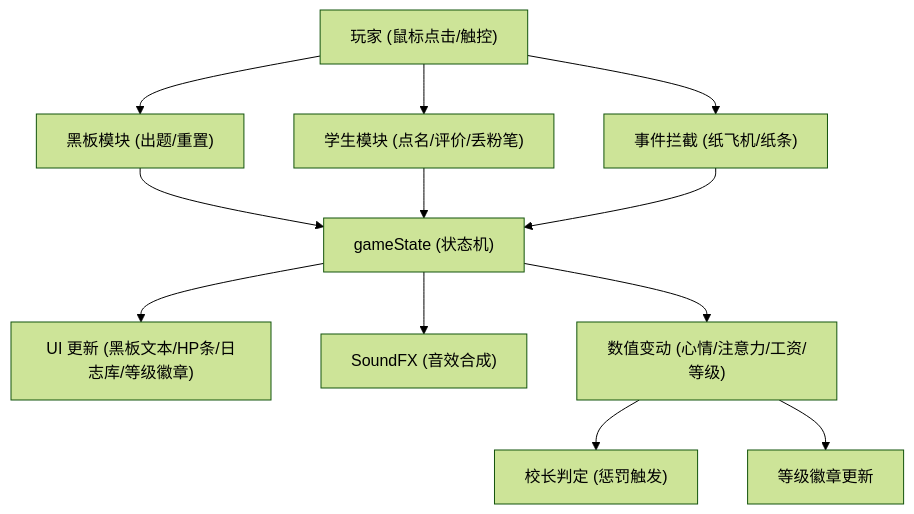
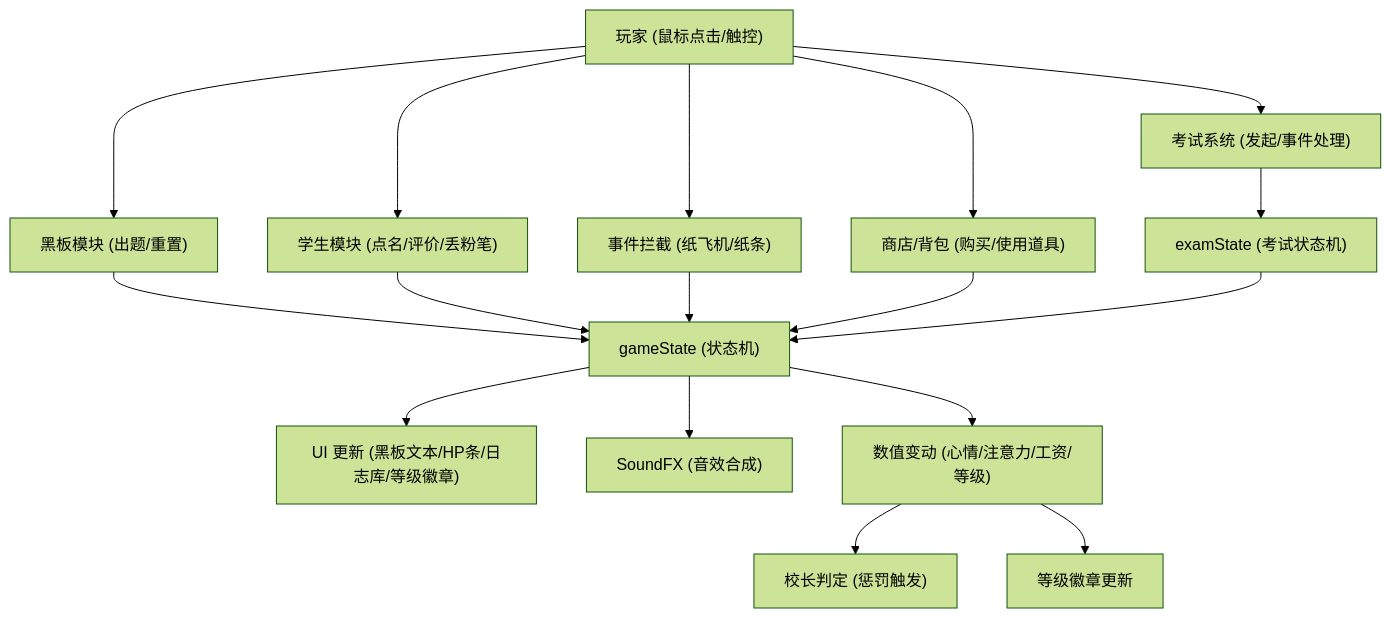
The diagram in Master.md (EatTake/my-class), drawn with Mermaid (forest theme) before and after one commit. The commit also changed other lines of this file and 3 other files, not shown here.

````diff
--- a/Master.md
+++ b/Master.md
@@ -108,17 +235,22 @@
 ```mermaid
 graph TD
     User["玩家 (鼠标点击/触控)"] --> BB["黑板模块 (出题/重置)"]
     User --> Std["学生模块 (点名/评价/丢粉笔)"]
     User --> Events["事件拦截 (纸飞机/纸条)"]
+    User --> Exam["考试系统 (发起/事件处理)"]
+    User --> Shop["商店/背包 (购买/使用道具)"]
     
     BB --> GS["gameState (状态机)"]
     Std --> GS
     Events --> GS
+    Exam --> ES["examState (考试状态机)"]
+    Shop --> GS
     
     GS --> UI["UI 更新 (黑板文本/HP条/日志库/等级徽章)"]
     GS --> Sound["SoundFX (音效合成)"]
     GS --> Stats["数值变动 (心情/注意力/工资/等级)"]
+    ES --> GS
     
     Stats --> Principal["校长判定 (惩罚触发)"]
     Stats --> TierBadge["等级徽章更新"]
 ```
````
